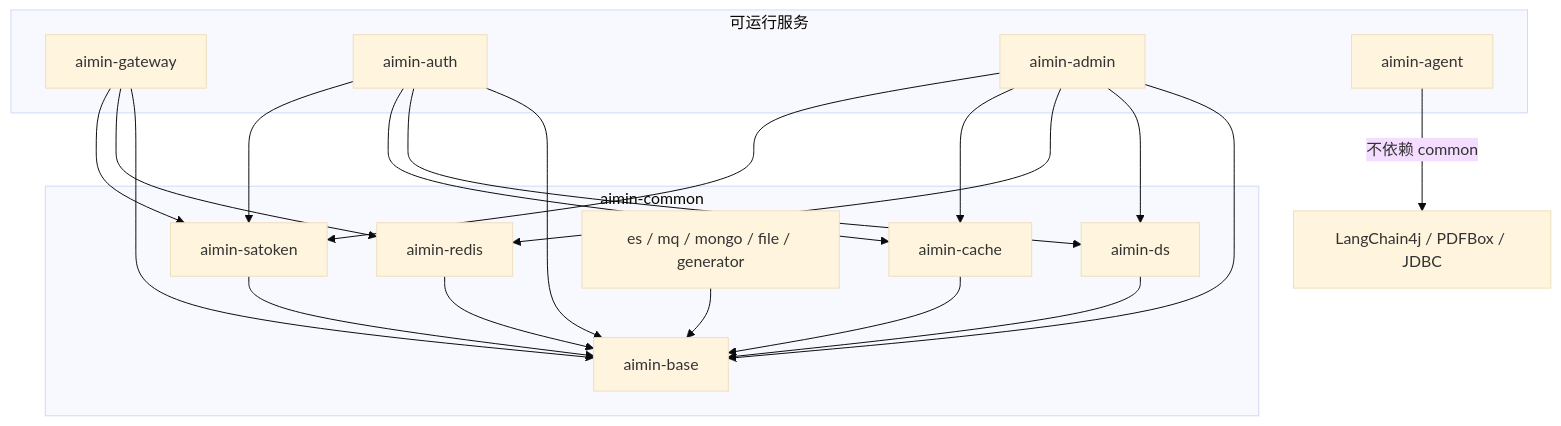
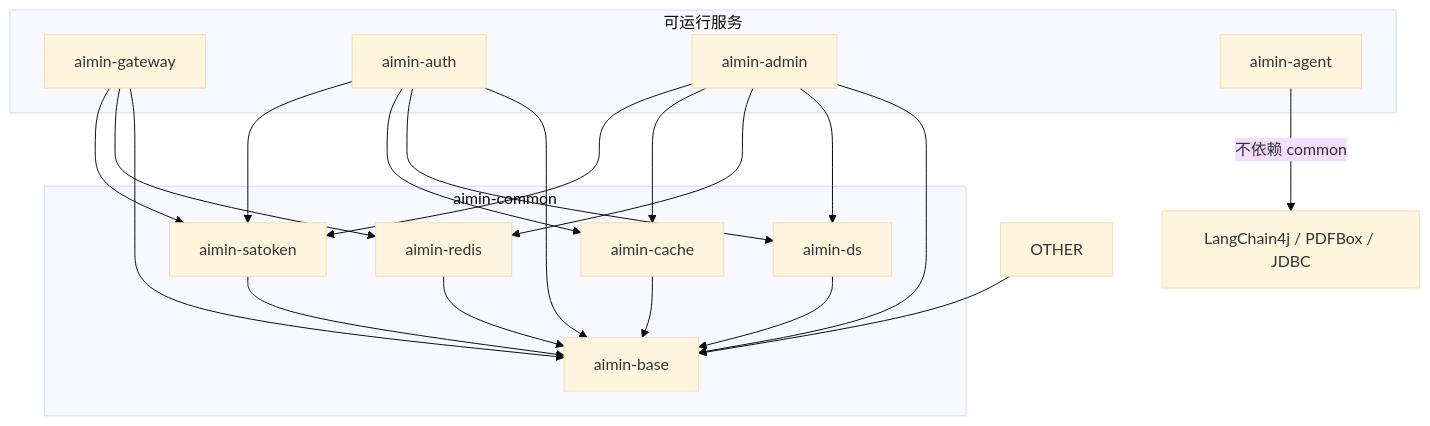
One commit to wplayers233/aimin changed the second of 7 diagrams in 架构说明.md. Above: the diagram before and after it, drawn with Mermaid (base theme). The commit also changed other lines of this file and 2 other files, not shown here.

Commit message:
docs: 同步端口绑定、单测基建、统计接口与模块裁剪

````diff
--- a/架构说明.md
+++ b/架构说明.md
@@ -104,36 +103,35 @@
 ```mermaid
 flowchart TB
     subgraph apps[可运行服务]
         GW[aimin-gateway]
         AU[aimin-auth]
         AD[aimin-admin]
         AG[aimin-agent]
     end
     subgraph common[aimin-common]
         BASE[aimin-base]
         DS[aimin-ds]
         RD[aimin-redis]
         CA[aimin-cache]
         ST[aimin-satoken]
-        OTHER[es / mq / mongo / file / generator]
     end
     GW --> BASE
     GW --> RD
     GW --> ST
     AU --> BASE
     AU --> DS
     AU --> CA
     AU --> ST
     AD --> BASE
     AD --> DS
     AD --> RD
     AD --> CA
     AD --> ST
     AG -->|"不依赖 common"| LIBS["LangChain4j / PDFBox / JDBC"]
 
     DS --> BASE
     RD --> BASE
     CA --> BASE
     ST --> BASE
     OTHER --> BASE
 ```
````
